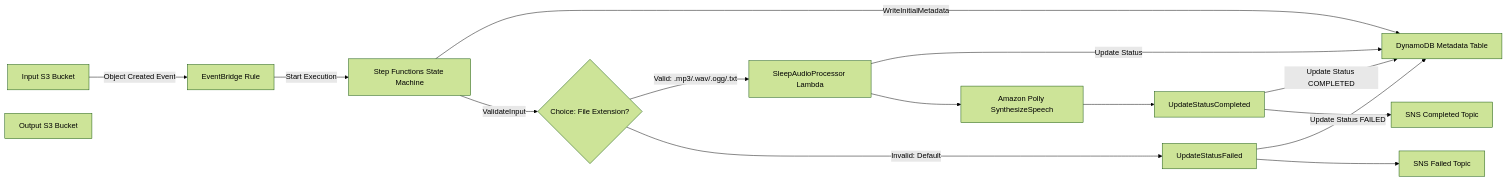
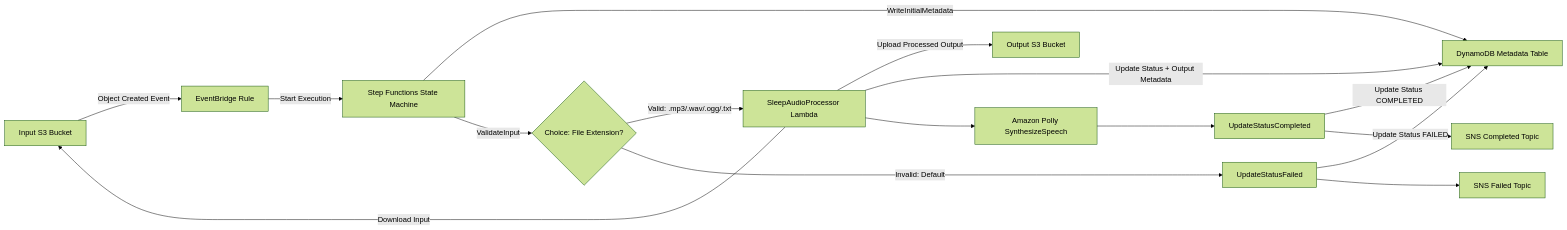
Before and after one commit to obstreperous-ai/cdk-sleep-csharp-kiro: the second of 6 diagrams in docs/ARCHITECTURE.md, drawn with Mermaid (forest theme). The commit also changed other lines of this file and 6 other files, not shown here.

````diff
--- a/docs/ARCHITECTURE.md
+++ b/docs/ARCHITECTURE.md
@@ -92,17 +92,18 @@
 ```mermaid
 flowchart LR
     A[Input S3 Bucket] -->|Object Created Event| B[EventBridge Rule]
     B -->|Start Execution| C[Step Functions State Machine]
     C -->|WriteInitialMetadata| D[DynamoDB Metadata Table]
     C -->|ValidateInput| V{Choice: File Extension?}
     V -->|Valid: .mp3/.wav/.ogg/.txt| I[SleepAudioProcessor Lambda]
-    I -->|Update Status| D
+    I -->|Download Input| A
+    I -->|Upload Processed Output| F[Output S3 Bucket]
+    I -->|Update Status + Output Metadata| D
     V -->|Invalid: Default| UF[UpdateStatusFailed]
     UF -->|Update Status FAILED| D
     UF --> H[SNS Failed Topic]
     I --> E[Amazon Polly SynthesizeSpeech]
     E --> UC[UpdateStatusCompleted]
     UC -->|Update Status COMPLETED| D
     UC --> G[SNS Completed Topic]
-    F[Output S3 Bucket]
 ```
````
